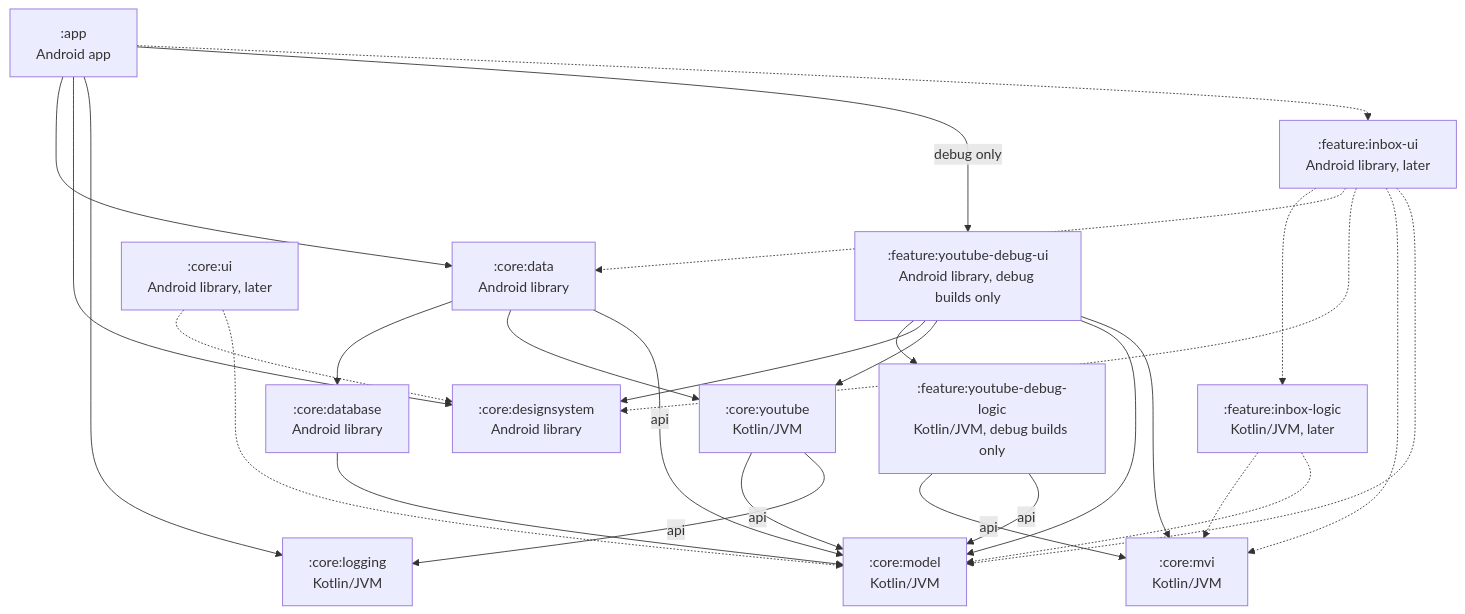
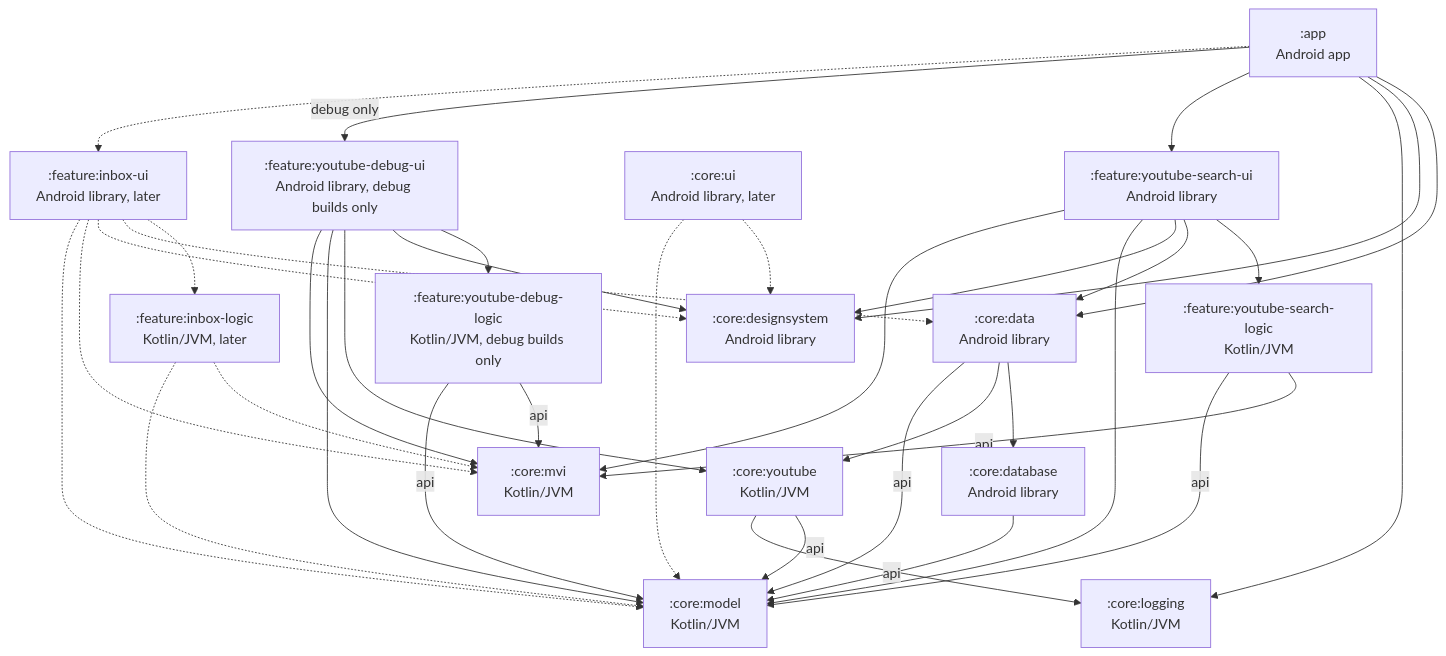
Before and after one commit to dewfallapp/dewfall: the first of 3 diagrams in docs/architecture.md, drawn with Mermaid. The commit also changed other lines of this file and 29 other files, not shown here.

````diff
--- a/docs/architecture.md
+++ b/docs/architecture.md
@@ -16,45 +16,55 @@
 ```mermaid
 graph TD
     app[":app<br/>Android app"]
     data[":core:data<br/>Android library"]
     database[":core:database<br/>Android library"]
     designsystem[":core:designsystem<br/>Android library"]
     youtube[":core:youtube<br/>Kotlin/JVM"]
     logging[":core:logging<br/>Kotlin/JVM"]
     model[":core:model<br/>Kotlin/JVM"]
     mvi[":core:mvi<br/>Kotlin/JVM"]
+    searchUi[":feature:youtube-search-ui<br/>Android library"]
+    searchLogic[":feature:youtube-search-logic<br/>Kotlin/JVM"]
     debugUi[":feature:youtube-debug-ui<br/>Android library, debug builds only"]
     debugLogic[":feature:youtube-debug-logic<br/>Kotlin/JVM, debug builds only"]
     coreUi[":core:ui<br/>Android library, later"]
     inboxUi[":feature:inbox-ui<br/>Android library, later"]
     inboxLogic[":feature:inbox-logic<br/>Kotlin/JVM, later"]
 
     app --> data
     app --> designsystem
     app --> logging
     data --> database
     data --> youtube
     data -->|api| model
     database --> model
     youtube -->|api| model
     youtube -->|api| logging
+    app --> searchUi
+    searchUi --> searchLogic
+    searchUi --> data
+    searchUi --> designsystem
+    searchUi --> model
+    searchUi --> mvi
+    searchLogic -->|api| mvi
+    searchLogic -->|api| model
     app -->|debug only| debugUi
     debugUi --> debugLogic
     debugUi --> designsystem
     debugUi --> youtube
     debugUi --> model
     debugUi --> mvi
     debugLogic -->|api| mvi
     debugLogic -->|api| model
 
     app -.-> inboxUi
     inboxUi -.-> inboxLogic
     inboxUi -.-> data
     inboxUi -.-> designsystem
     inboxUi -.-> mvi
     inboxUi -.-> model
     inboxLogic -.-> mvi
     inboxLogic -.-> model
     coreUi -.-> designsystem
     coreUi -.-> model
 ```
````
